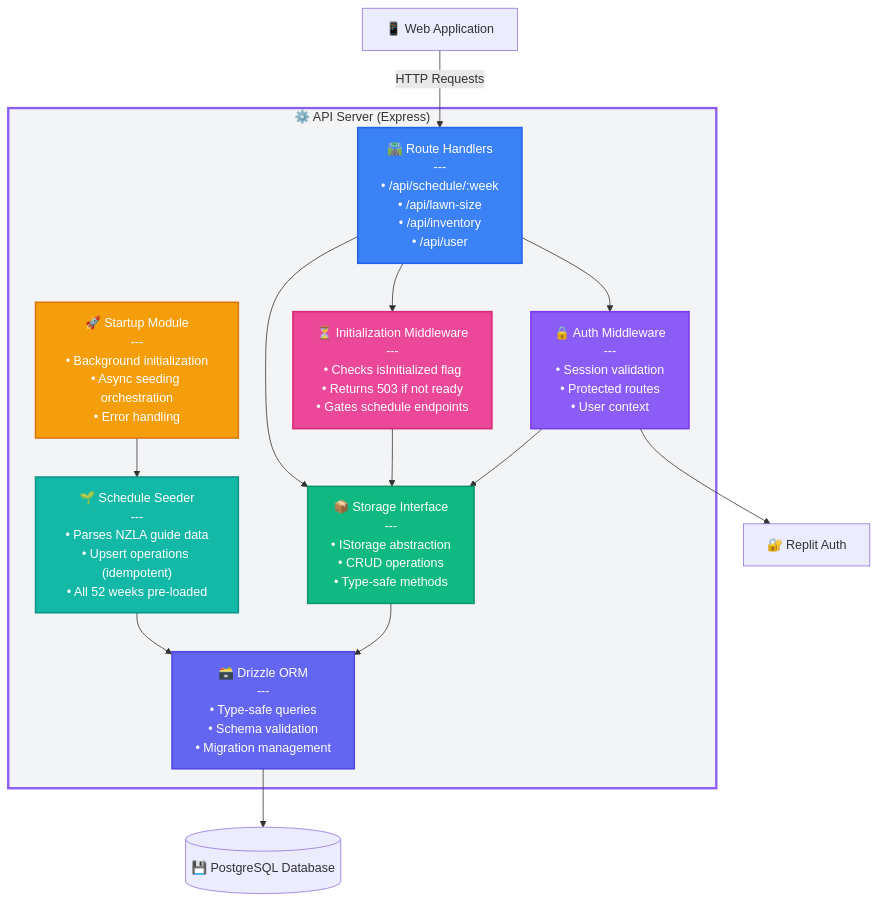
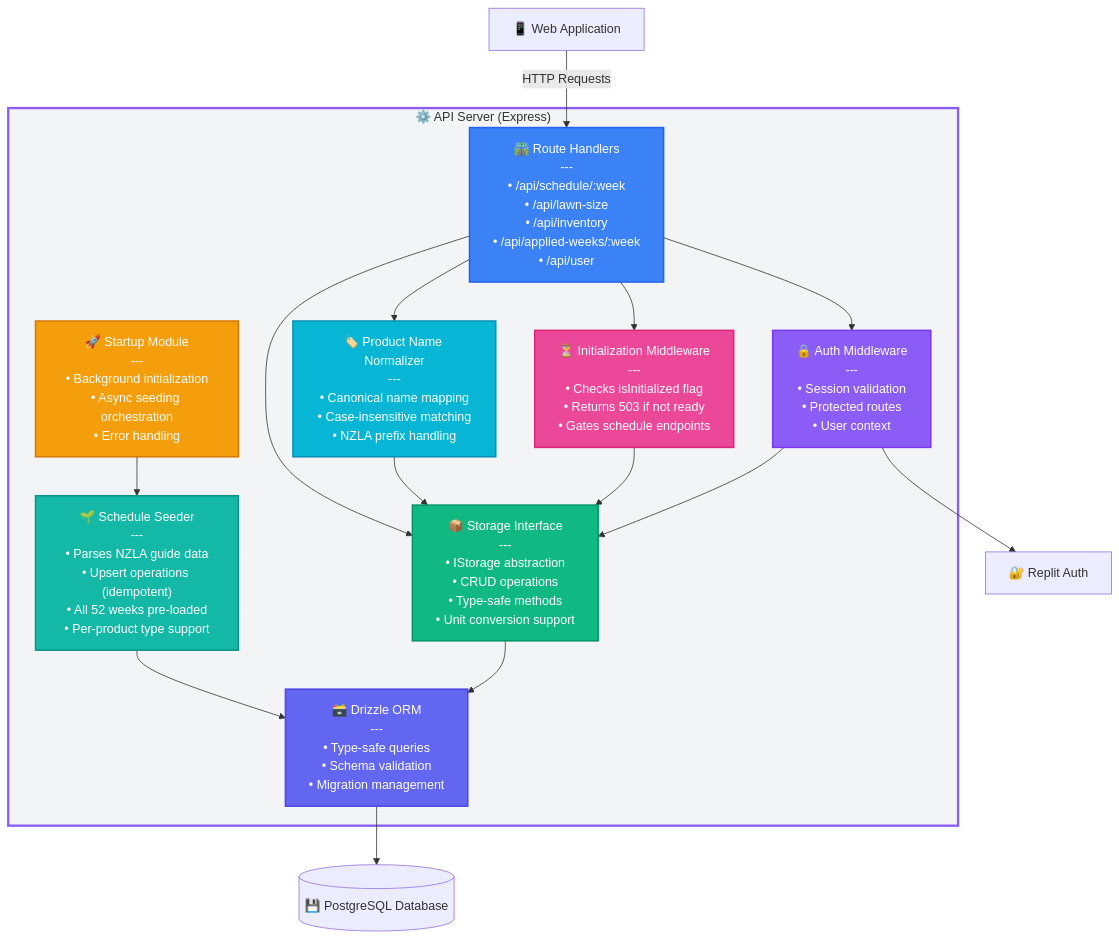
The third of 7 diagrams in docs/C4-architecture-diagrams.md (elliotchisholm/lawn-care-assistant), drawn with Mermaid before and after one commit. The commit also changed other lines of this file, not shown here.

First line of the commit message:
Update architecture diagram and database schema for lawn care app

````diff
--- a/docs/C4-architecture-diagrams.md
+++ b/docs/C4-architecture-diagrams.md
@@ -68,44 +68,49 @@
 ```mermaid
 graph TB
     WebApp["📱 Web Application"]
     
     subgraph APIServer["⚙️ API Server (Express)"]
-        Routes["🛣️ Route Handlers<br/>---<br/>• /api/schedule/:week<br/>• /api/lawn-size<br/>• /api/inventory<br/>• /api/user"]
+        Routes["🛣️ Route Handlers<br/>---<br/>• /api/schedule/:week<br/>• /api/lawn-size<br/>• /api/inventory<br/>• /api/applied-weeks/:week<br/>• /api/user"]
         
         AuthMW["🔒 Auth Middleware<br/>---<br/>• Session validation<br/>• Protected routes<br/>• User context"]
         
         InitMW["⏳ Initialization Middleware<br/>---<br/>• Checks isInitialized flag<br/>• Returns 503 if not ready<br/>• Gates schedule endpoints"]
         
-        Storage["📦 Storage Interface<br/>---<br/>• IStorage abstraction<br/>• CRUD operations<br/>• Type-safe methods"]
+        ProductNorm["🏷️ Product Name Normalizer<br/>---<br/>• Canonical name mapping<br/>• Case-insensitive matching<br/>• NZLA prefix handling"]
+        
+        Storage["📦 Storage Interface<br/>---<br/>• IStorage abstraction<br/>• CRUD operations<br/>• Type-safe methods<br/>• Unit conversion support"]
         
         Startup["🚀 Startup Module<br/>---<br/>• Background initialization<br/>• Async seeding orchestration<br/>• Error handling"]
         
-        Seeder["🌱 Schedule Seeder<br/>---<br/>• Parses NZLA guide data<br/>• Upsert operations (idempotent)<br/>• All 52 weeks pre-loaded"]
+        Seeder["🌱 Schedule Seeder<br/>---<br/>• Parses NZLA guide data<br/>• Upsert operations (idempotent)<br/>• All 52 weeks pre-loaded<br/>• Per-product type support"]
         
         ORM["🗃️ Drizzle ORM<br/>---<br/>• Type-safe queries<br/>• Schema validation<br/>• Migration management"]
     end
     
     DB[("💾 PostgreSQL Database")]
     Auth["🔐 Replit Auth"]
     
     WebApp -->|"HTTP Requests"| Routes
     Routes --> AuthMW
     Routes --> InitMW
+    Routes --> ProductNorm
     AuthMW --> Storage
     InitMW --> Storage
+    ProductNorm --> Storage
     Routes --> Storage
     Storage --> ORM
     ORM --> DB
     AuthMW --> Auth
     Startup --> Seeder
     Seeder --> ORM
     
     style Routes fill:#3b82f6,stroke:#2563eb,stroke-width:2px,color:#fff
     style AuthMW fill:#8b5cf6,stroke:#7c3aed,stroke-width:2px,color:#fff
     style InitMW fill:#ec4899,stroke:#db2777,stroke-width:2px,color:#fff
+    style ProductNorm fill:#06b6d4,stroke:#0891b2,stroke-width:2px,color:#fff
     style Storage fill:#10b981,stroke:#059669,stroke-width:2px,color:#fff
     style Startup fill:#f59e0b,stroke:#d97706,stroke-width:2px,color:#fff
     style Seeder fill:#14b8a6,stroke:#0d9488,stroke-width:2px,color:#fff
     style ORM fill:#6366f1,stroke:#4f46e5,stroke-width:2px,color:#fff
     style APIServer fill:#f3f4f6,stroke:#8b5cf6,stroke-width:3px
 ```
````
